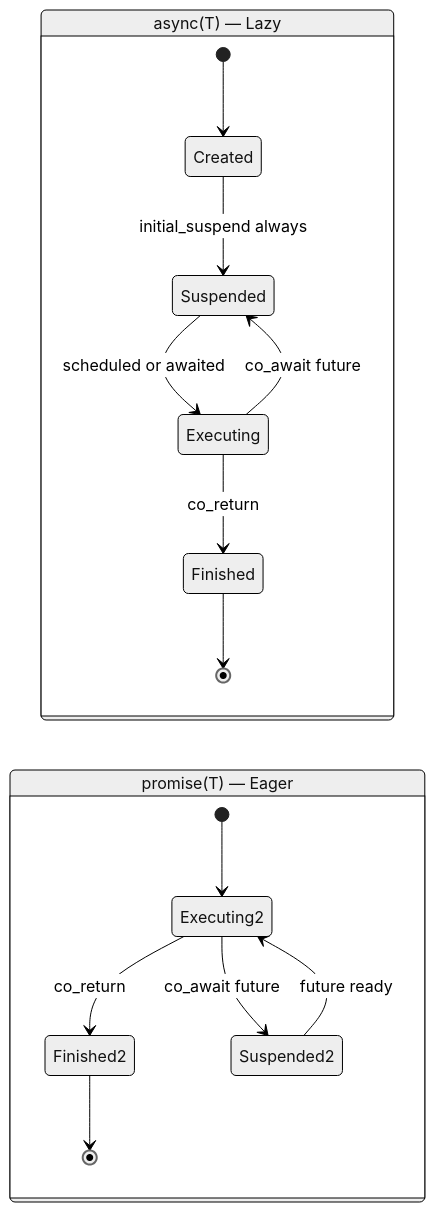
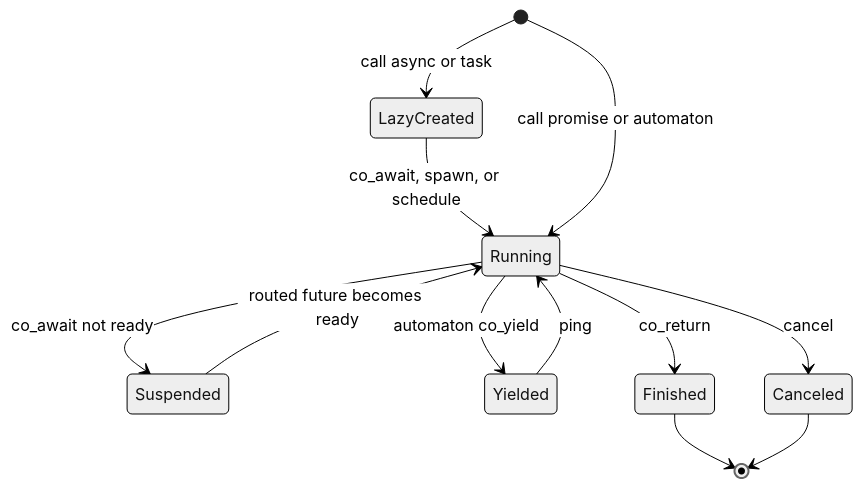
Before and after one commit to OnionSpirit/ace: the second of 4 diagrams in README.md, drawn with Mermaid (neutral theme). The commit also changed other lines of this file and 59 other files, not shown here.

````diff
--- a/README.md
+++ b/README.md
@@ -135,21 +129,14 @@
 ```mermaid
 stateDiagram-v2
-    direction LR
-
-    state "async(T) — Lazy" as Lazy {
-        [*] --> Created
-        Created --> Suspended : initial_suspend always
-        Suspended --> Executing : scheduled or awaited
-        Executing --> Finished : co_return
-        Executing --> Suspended : co_await future
-        Finished --> [*]
-    }
-
-    state "promise(T) — Eager" as Eager {
-        [*] --> Executing2
-        Executing2 --> Finished2 : co_return
-        Executing2 --> Suspended2 : co_await future
-        Suspended2 --> Executing2 : future ready
-        Finished2 --> [*]
-    }
+    [*] --> LazyCreated: call async or task
+    LazyCreated --> Running: co_await, spawn, or schedule
+    [*] --> Running: call promise or automaton
+    Running --> Suspended: co_await not ready
+    Suspended --> Running: routed future becomes ready
+    Running --> Yielded: automaton co_yield
+    Yielded --> Running: ping
+    Running --> Finished: co_return
+    Running --> Canceled: cancel
+    Finished --> [*]
+    Canceled --> [*]
 ```
````
